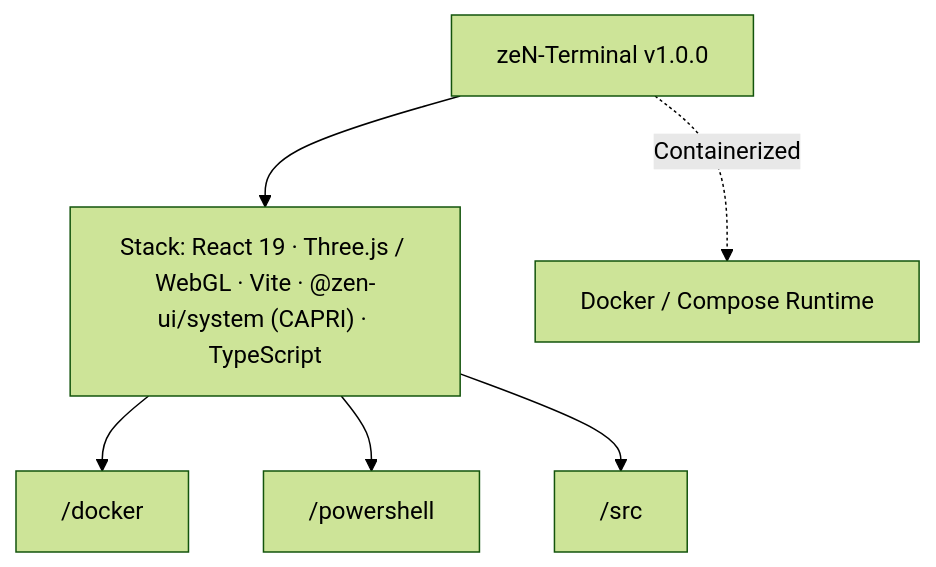
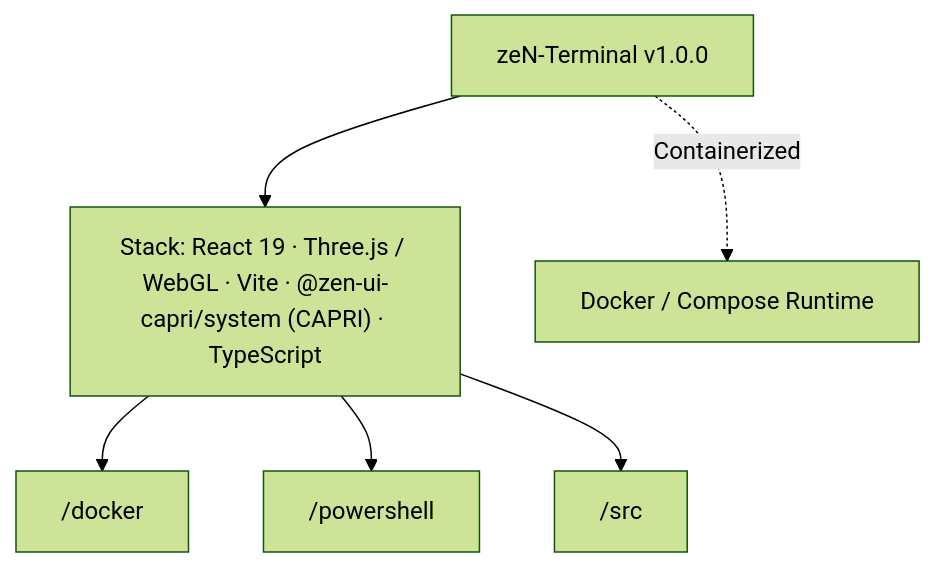
The diagram in docs/CAPRI-ARCHITECTURE.md (lukaspabst/zeN-Terminal), drawn with Mermaid (forest theme) before and after one commit. The commit also changed other lines of this file and 6 other files, not shown here.

Commit message:
chore(deps): sync @zen-ui-capri/system v1.1.5+ naming across web showcase, PowerShell HUD, and docs

````diff
--- a/docs/CAPRI-ARCHITECTURE.md
+++ b/docs/CAPRI-ARCHITECTURE.md
@@ -27,14 +27,14 @@
 ```mermaid
 flowchart TD
   Repo["zeN-Terminal v1.0.0"]
-  Stack["Stack: React 19 · Three.js / WebGL · Vite · @zen-ui/system (CAPRI) · TypeScript"]
+  Stack["Stack: React 19 · Three.js / WebGL · Vite · @zen-ui-capri/system (CAPRI) · TypeScript"]
   Repo --> Stack
   N0_docker["/docker"]
   Stack --> N0_docker
   N1_powershell["/powershell"]
   Stack --> N1_powershell
   N2_src["/src"]
   Stack --> N2_src
   Docker["Docker / Compose Runtime"]
   Repo -.->|"Containerized"| Docker
 ```
````
